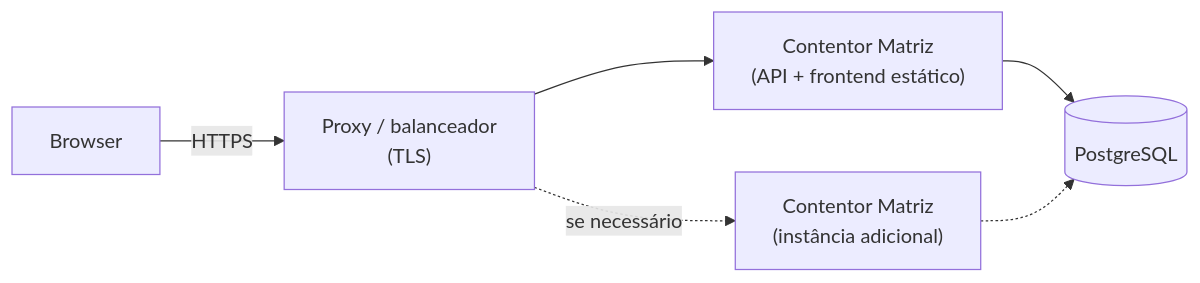
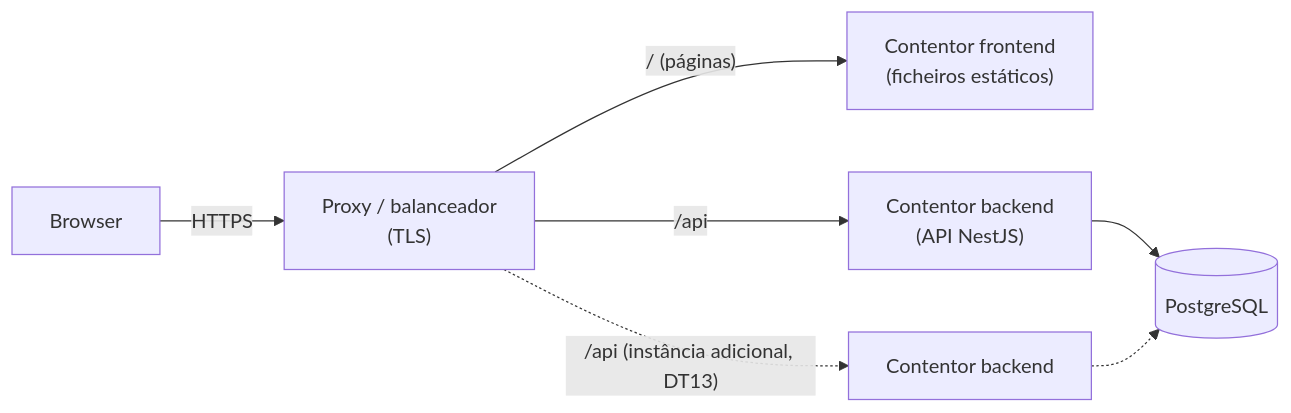
Before and after one commit to zepedrorodrigues/matriz: the second of 2 diagrams in docs/architecture.md, drawn with Mermaid. The commit also changed other lines of this file and 2 other files, not shown here.

First line of the commit message:
docs(architecture): split frontend/backend images and plan future reviews

````diff
--- a/docs/architecture.md
+++ b/docs/architecture.md
@@ -137,8 +138,9 @@
 ```mermaid
 flowchart LR
     B[Browser] -->|HTTPS| P["Proxy / balanceador<br/>(TLS)"]
-    P --> A1["Contentor Matriz<br/>(API + frontend estático)"]
-    P -.->|se necessário| A2["Contentor Matriz<br/>(instância adicional)"]
+    P -->|"/ (páginas)"| F["Contentor frontend<br/>(ficheiros estáticos)"]
+    P -->|"/api"| A1["Contentor backend<br/>(API NestJS)"]
+    P -.->|"/api (instância adicional, DT13)"| A2["Contentor backend"]
     A1 --> D[("PostgreSQL")]
     A2 -.-> D
 ```
````
